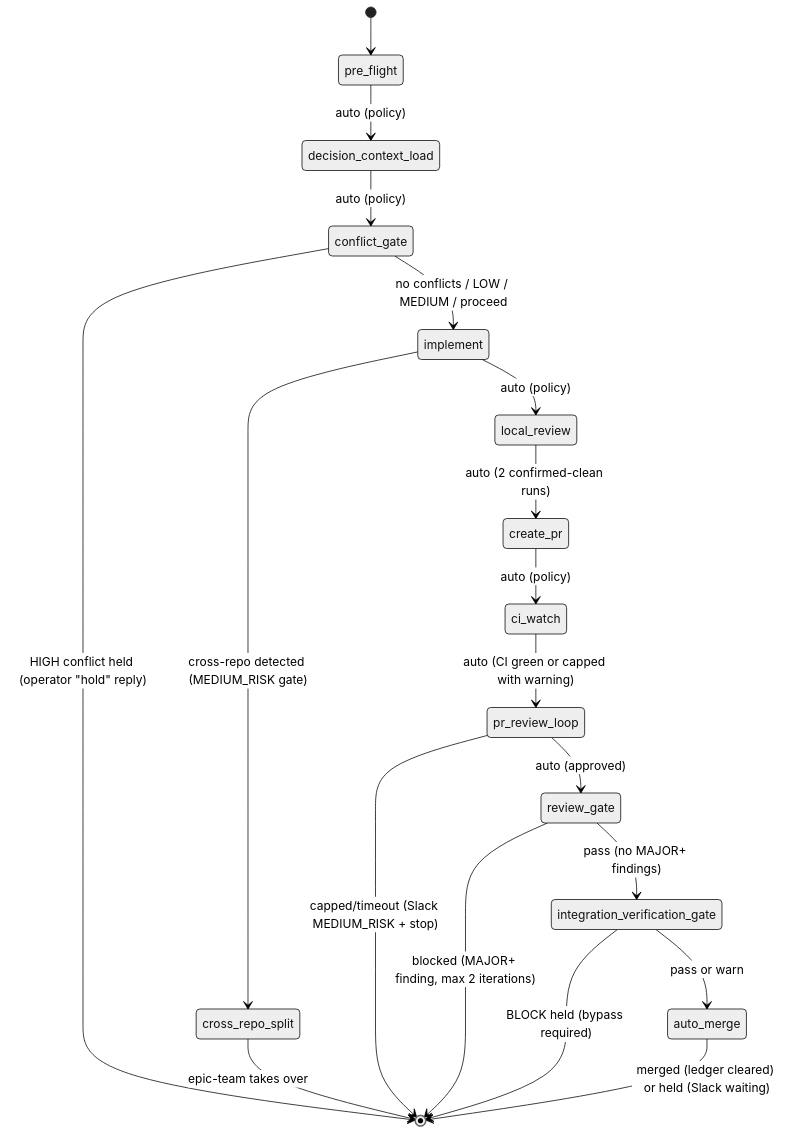
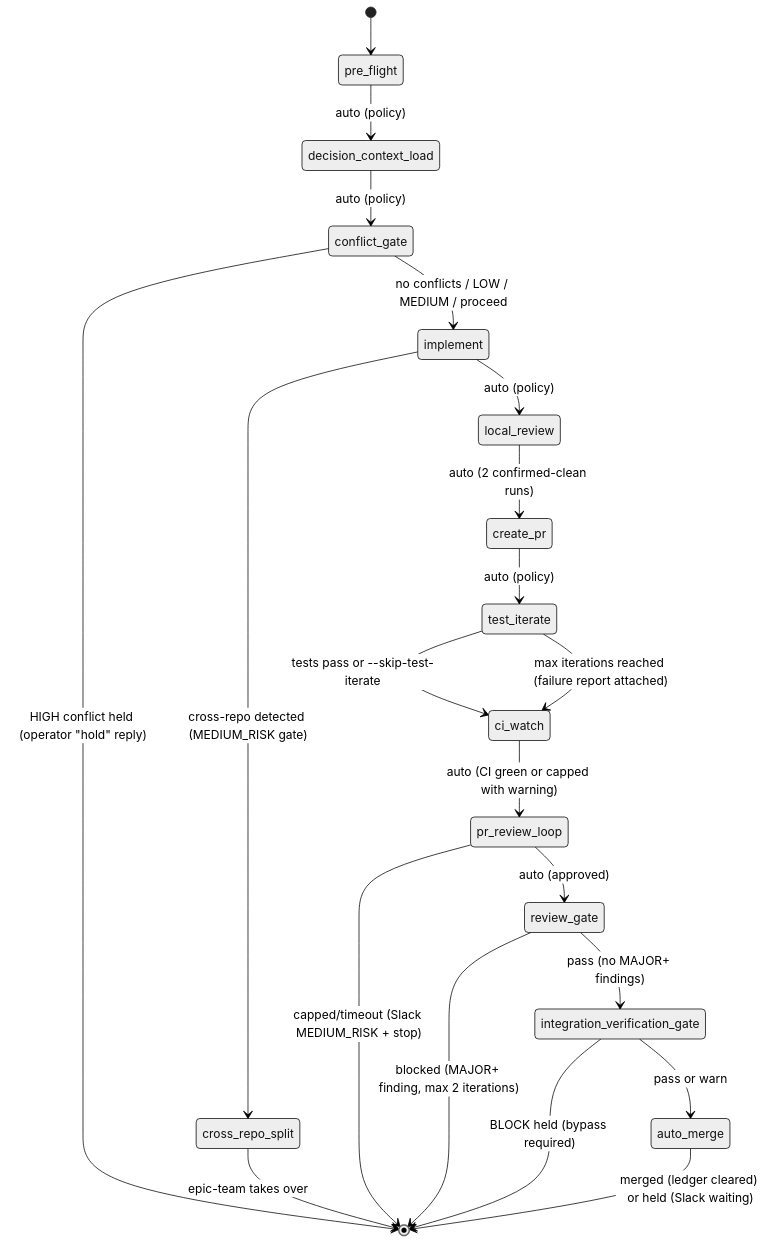
The diagram in plugins/onex/skills/ticket_pipeline/SKILL.md (OmniNode-ai/omniclaude), drawn with Mermaid (neutral theme) before and after one commit. The commit also changed other lines of this file and 1 other file, not shown here.

First line of the commit message:
feat(skills): add test-iterate loop to ticket pipeline [OMN-6891]

````diff
--- a/plugins/onex/skills/ticket_pipeline/SKILL.md
+++ b/plugins/onex/skills/ticket_pipeline/SKILL.md
@@ -253,21 +259,23 @@
 ```mermaid
 stateDiagram-v2
     [*] --> pre_flight
     pre_flight --> decision_context_load : auto (policy)
     decision_context_load --> conflict_gate : auto (policy)
     conflict_gate --> implement : no conflicts / LOW / MEDIUM / proceed
     conflict_gate --> [*] : HIGH conflict held (operator "hold" reply)
     implement --> local_review : auto (policy)
     implement --> cross_repo_split : cross-repo detected (MEDIUM_RISK gate)
     cross_repo_split --> [*] : epic-team takes over
     local_review --> create_pr : auto (2 confirmed-clean runs)
-    create_pr --> ci_watch : auto (policy)
+    create_pr --> test_iterate : auto (policy)
+    test_iterate --> ci_watch : tests pass or --skip-test-iterate
+    test_iterate --> ci_watch : max iterations reached (failure report attached)
     ci_watch --> pr_review_loop : auto (CI green or capped with warning)
     pr_review_loop --> review_gate : auto (approved)
     pr_review_loop --> [*] : capped/timeout (Slack MEDIUM_RISK + stop)
     review_gate --> integration_verification_gate : pass (no MAJOR+ findings)
     review_gate --> [*] : blocked (MAJOR+ finding, max 2 iterations)
     integration_verification_gate --> auto_merge : pass or warn
     integration_verification_gate --> [*] : BLOCK held (bypass required)
     auto_merge --> [*] : merged (ledger cleared) or held (Slack waiting)
 ```
````
